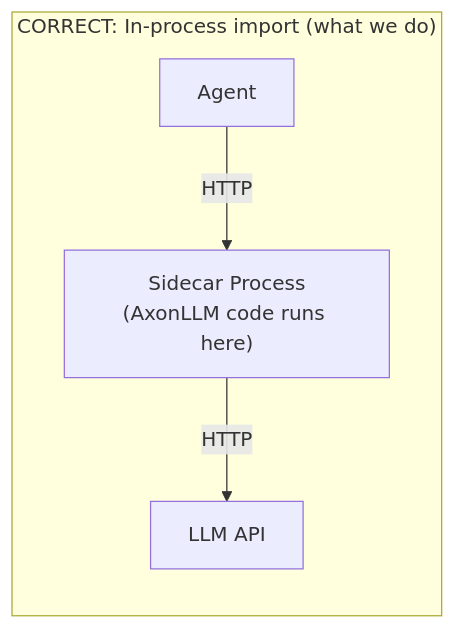
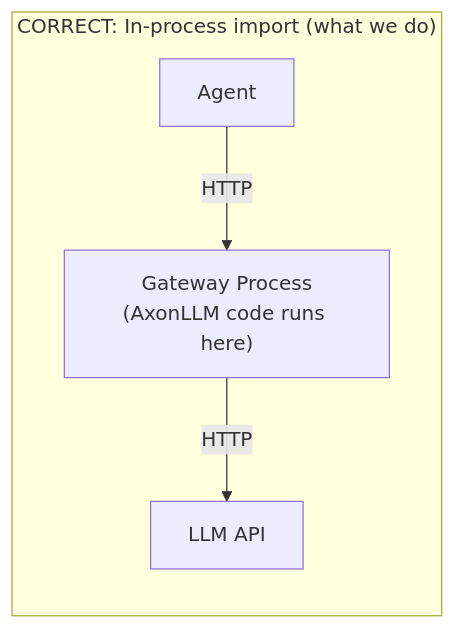
Before and after one commit to hk-775/ostiari: diagram 18 of 41 in docs/gateway-architecture.md, drawn with Mermaid. The commit also changed other lines of this file and 21 other files, not shown here.

````diff
--- a/docs/gateway-architecture.md
+++ b/docs/gateway-architecture.md
@@ -1346,7 +1761,7 @@
 ```mermaid
 graph LR
     subgraph "CORRECT: In-process import (what we do)"
-        A2[Agent] -->|HTTP| S2["Sidecar Process<br/>(AxonLLM code runs here)"]
+        A2[Agent] -->|HTTP| S2["Gateway Process<br/>(AxonLLM code runs here)"]
         S2 -->|HTTP| LLM2[LLM API]
     end
 ```
````
